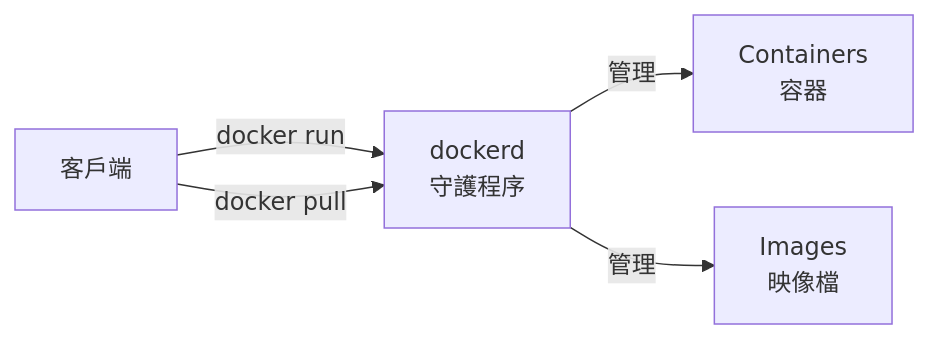
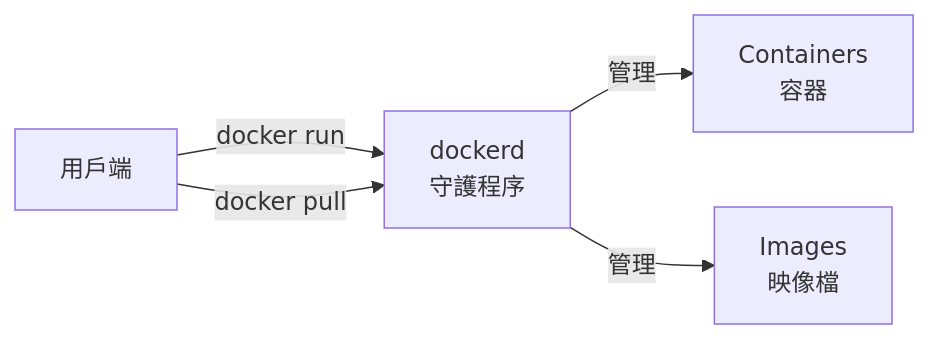
Before and after one commit to alexkuoecity/docker-practice-master-zh-tw: the first of 3 diagrams in 12_implementation/12.1_arch.md, drawn with Mermaid. The commit also changed other lines of this file and 82 other files, not shown here.

````diff
--- a/12_implementation/12.1_arch.md
+++ b/12_implementation/12.1_arch.md
@@ -9,7 +9,7 @@
 ```mermaid
 graph LR
-  C1["客戶端"] -->|docker run| D["dockerd<br/>守護程序"]
+  C1["用戶端"] -->|docker run| D["dockerd<br/>守護程序"]
   C1 -->|docker pull| D
   D -->|管理| C2["Containers<br/>容器"]
   D -->|管理| C3["Images<br/>映像檔"]
 ```
````
